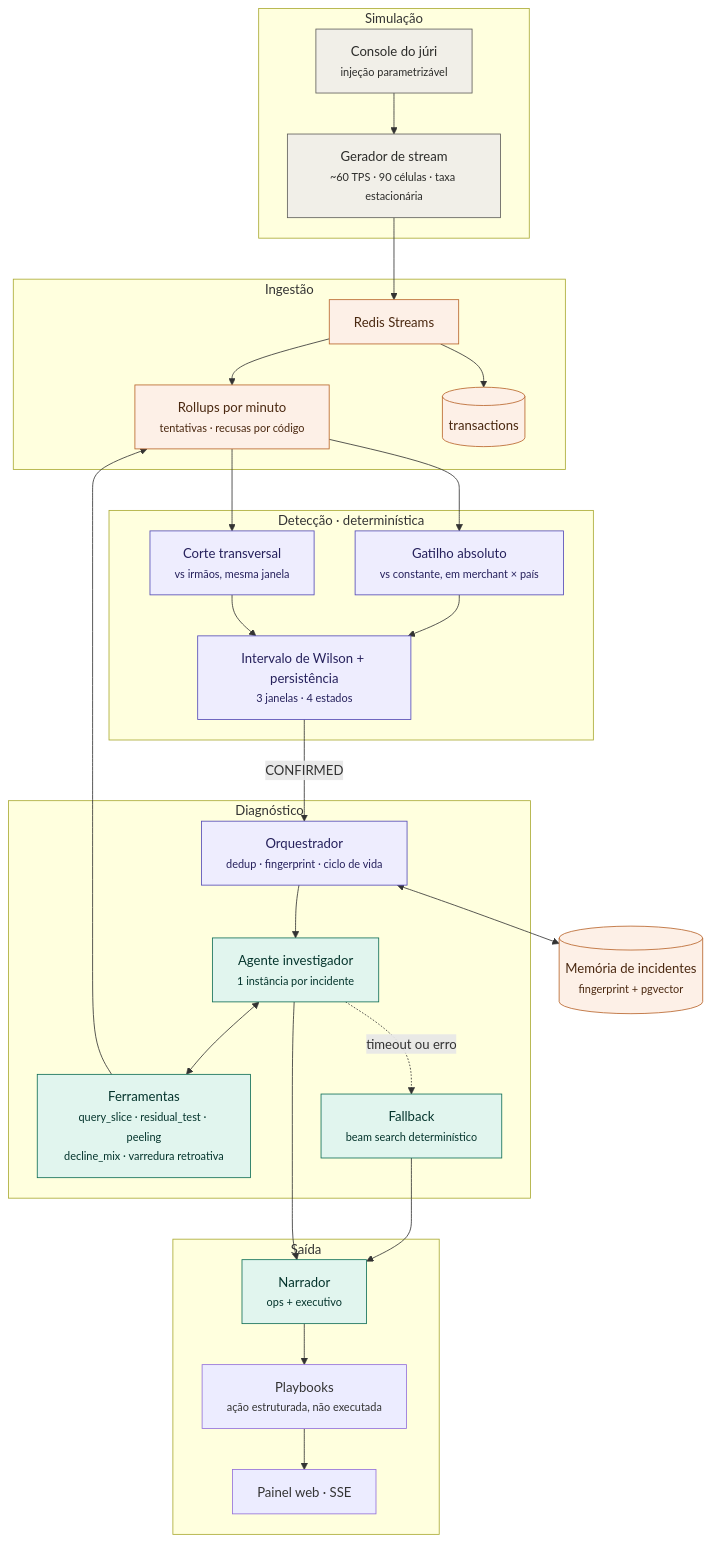
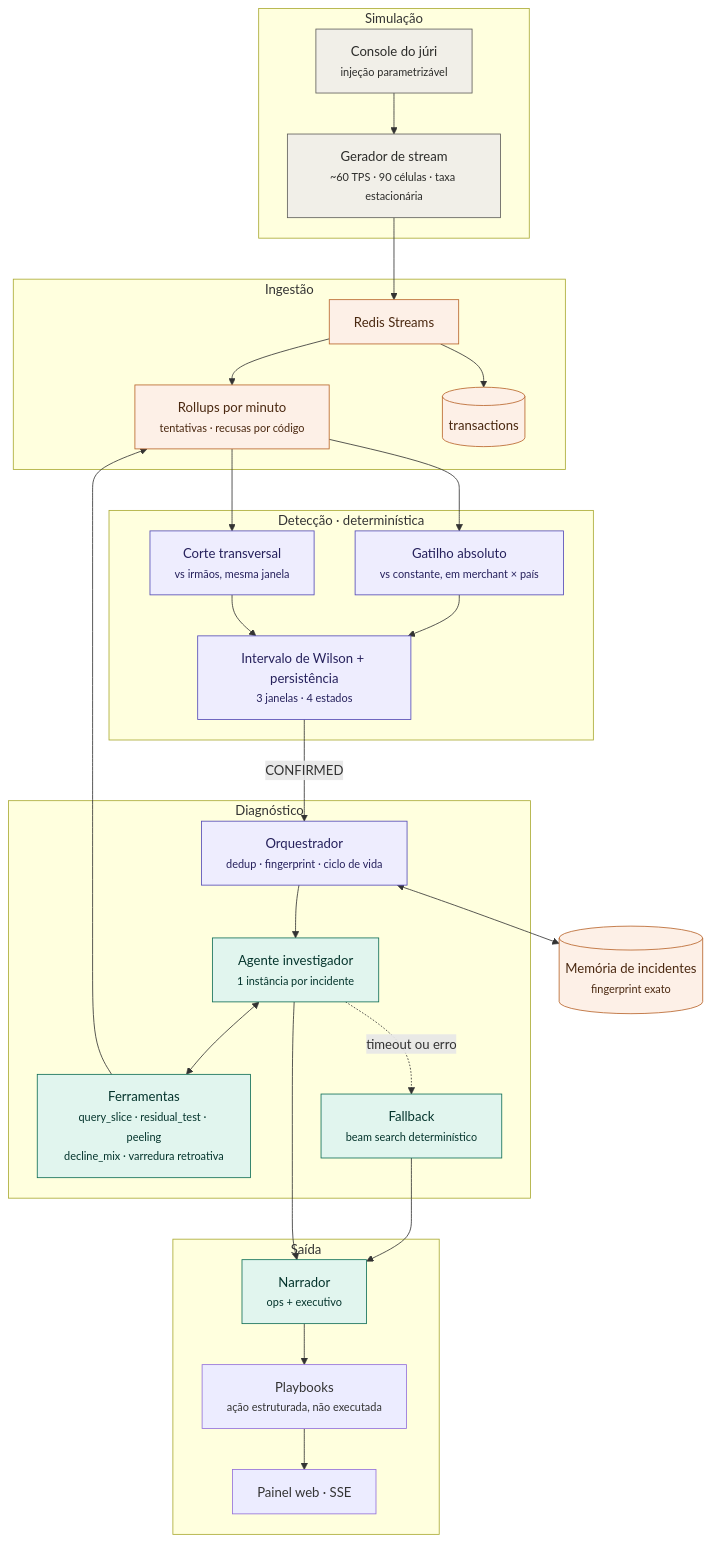
One commit to diogonzafe/yuno-control-tower changed the diagram in context/roadmap.md. Above: the diagram before and after it, drawn with Mermaid. The commit also changed other lines of this file and 4 other files, not shown here.

Commit message:
refactor: update roadmap to v4, adjust schema to v5, and enhance investigation tracking

````diff
--- a/context/roadmap.md
+++ b/context/roadmap.md
@@ -96,58 +96,58 @@
 ```mermaid
 flowchart TD
     subgraph SIM["Simulação"]
         G["Gerador de stream<br/><small>~60 TPS · 90 células · taxa estacionária</small>"]
         J["Console do júri<br/><small>injeção parametrizável</small>"]
     end
 
     subgraph ING["Ingestão"]
         S["Redis Streams"]
         R["Rollups por minuto<br/><small>tentativas · recusas por código</small>"]
         TX[("transactions")]
     end
 
     subgraph DET["Detecção · determinística"]
         D1["Gatilho absoluto<br/><small>vs constante, em merchant × país</small>"]
         D2["Corte transversal<br/><small>vs irmãos, mesma janela</small>"]
         D3["Intervalo de Wilson + persistência<br/><small>3 janelas · 4 estados</small>"]
     end
 
     subgraph DIAG["Diagnóstico"]
         O["Orquestrador<br/><small>dedup · fingerprint · ciclo de vida</small>"]
         A["Agente investigador<br/><small>1 instância por incidente</small>"]
         T["Ferramentas<br/><small>query_slice · residual_test · peeling<br/>decline_mix · varredura retroativa</small>"]
         FB["Fallback<br/><small>beam search determinístico</small>"]
     end
 
     subgraph OUT["Saída"]
         N["Narrador<br/><small>ops + executivo</small>"]
         P["Playbooks<br/><small>ação estruturada, não executada</small>"]
         UI["Painel web · SSE"]
     end
 
-    MEM[("Memória de incidentes<br/><small>fingerprint + pgvector</small>")]
+    MEM[("Memória de incidentes<br/><small>fingerprint exato</small>")]
 
     J --> G --> S --> R
     S --> TX
     R --> D1 & D2
     D1 & D2 --> D3
     D3 -->|CONFIRMED| O
     O --> A
     A <--> T
     T --> R
     A -.->|timeout ou erro| FB
     FB --> N
     A --> N
     N --> P --> UI
     O <--> MEM
 
     classDef sim fill:#F1EFE8,stroke:#5F5E5A,color:#2C2C2A
     classDef det fill:#EEEDFE,stroke:#534AB7,color:#26215C
     classDef ag fill:#E1F5EE,stroke:#0F6E56,color:#04342C
     classDef store fill:#FDF0E7,stroke:#B8642A,color:#4A2810
 
     class G,J sim
     class D1,D2,D3,O det
     class A,T,FB,N ag
     class TX,R,MEM,S store
 ```
````
